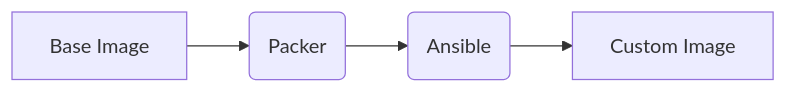
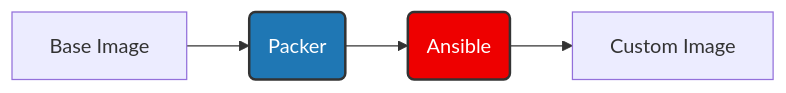
Before and after one commit to bparanj/hivegrid.dev: the fourth of 10 diagrams in README.md, drawn with Mermaid. The commit also changed other lines of this file, not shown here.

Commit message:
Revise diagrams

````diff
--- a/README.md
+++ b/README.md
@@ -106,6 +118,9 @@
 ```mermaid
 graph LR
     A[Base Image] --> B(Packer)
     B --> C(Ansible)
     C --> D[Custom Image]
+    
+    style B fill:#1F77B4,stroke:#333,stroke-width:2px,color:#fff
+    style C fill:#EE0000,stroke:#333,stroke-width:2px,color:#fff
 ```
````
